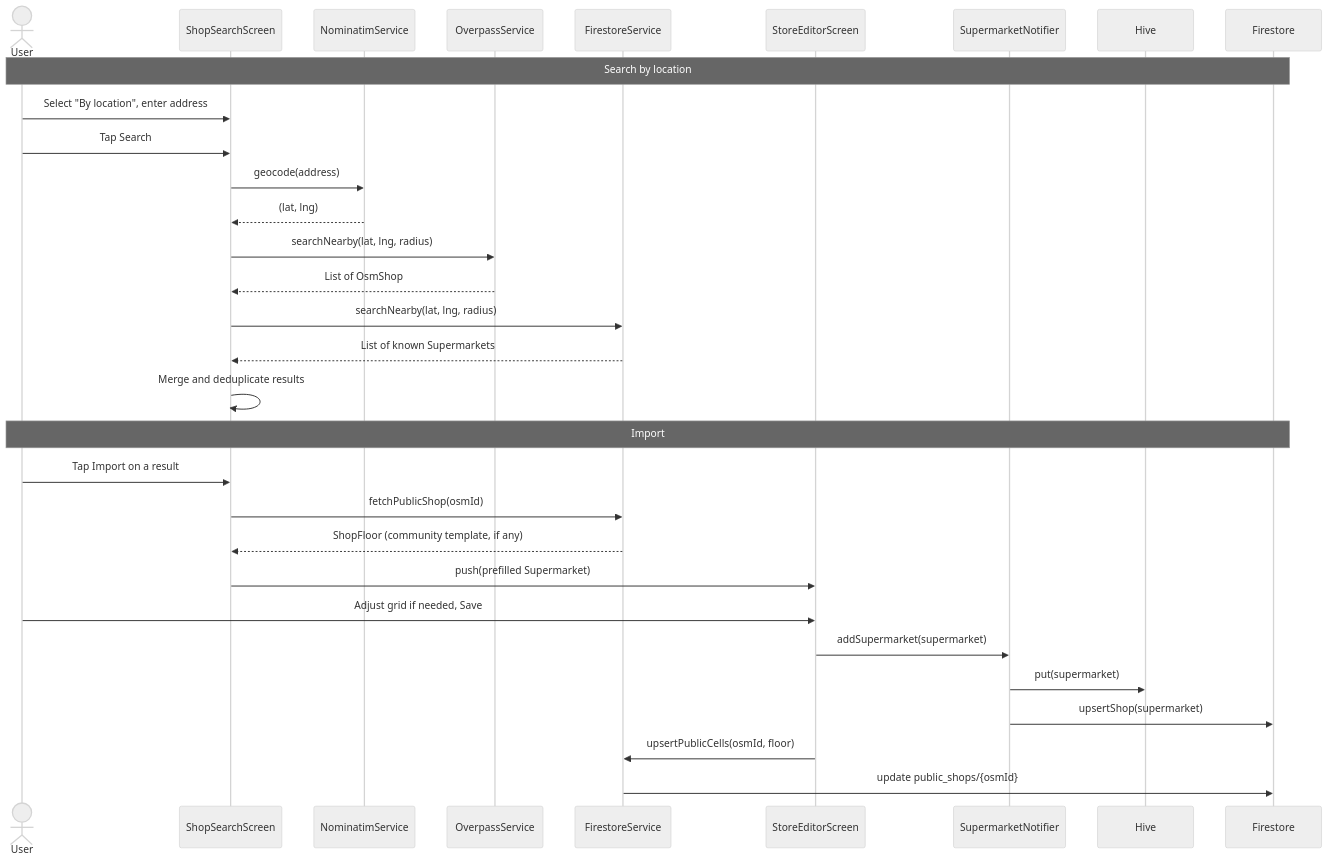
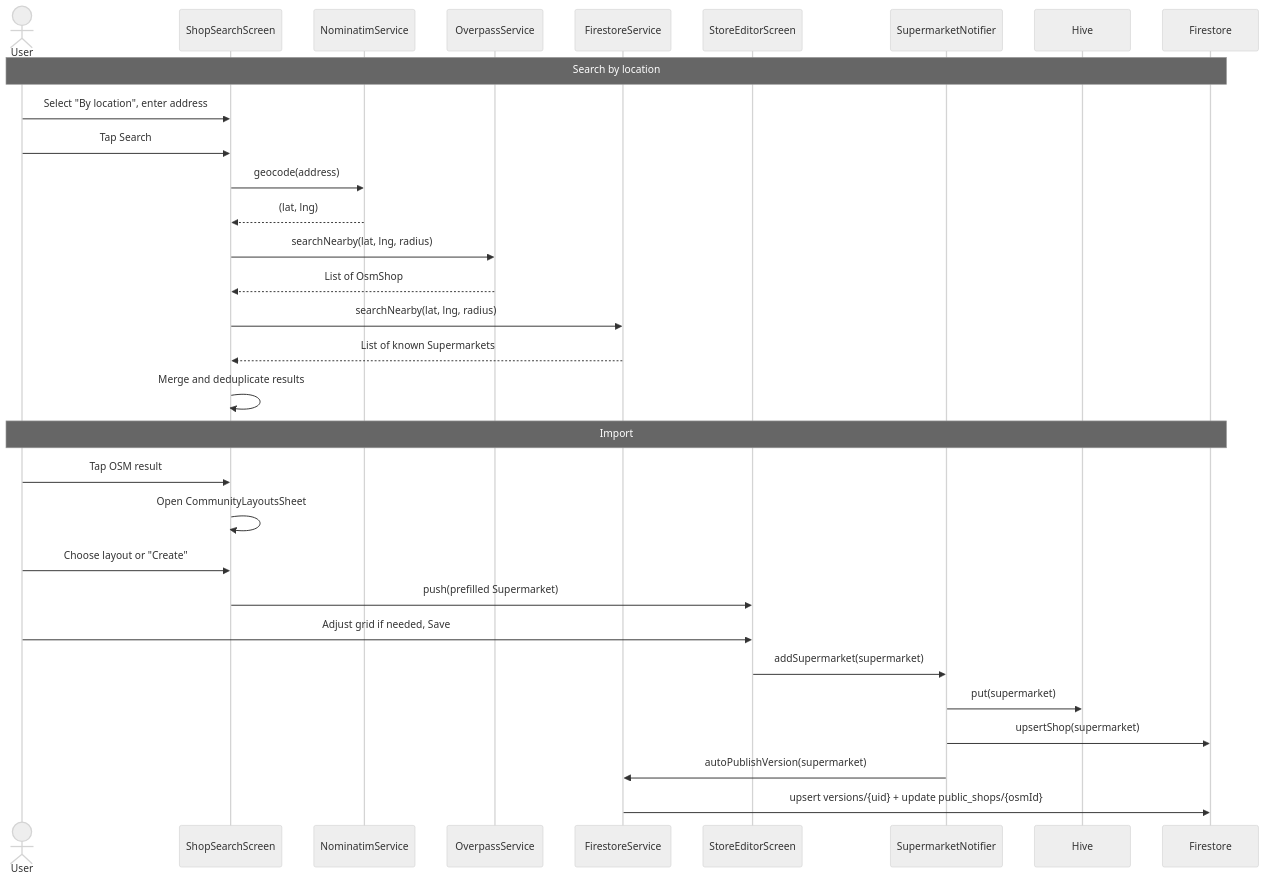
The third of 5 diagrams in docs/architecture/key-flows.md (danile42/fairelescourses), drawn with Mermaid (neutral theme) before and after one commit. The commit also changed 7 other files, not shown here.

Commit message:
docs: update user and architecture documentation

````diff
--- a/docs/architecture/key-flows.md
+++ b/docs/architecture/key-flows.md
@@ -101,35 +101,35 @@
 ```mermaid
 sequenceDiagram
     actor User
     participant ShopSearchScreen
     participant NominatimService
     participant OverpassService
     participant FirestoreService
     participant StoreEditorScreen
     participant SN as SupermarketNotifier
     participant Hive
     participant Firestore
 
     Note over User,Firestore: Search by location
     User->>ShopSearchScreen: Select "By location", enter address
     User->>ShopSearchScreen: Tap Search
     ShopSearchScreen->>NominatimService: geocode(address)
     NominatimService-->>ShopSearchScreen: (lat, lng)
     ShopSearchScreen->>OverpassService: searchNearby(lat, lng, radius)
     OverpassService-->>ShopSearchScreen: List of OsmShop
     ShopSearchScreen->>FirestoreService: searchNearby(lat, lng, radius)
     FirestoreService-->>ShopSearchScreen: List of known Supermarkets
     ShopSearchScreen->>ShopSearchScreen: Merge and deduplicate results
 
     Note over User,Firestore: Import
-    User->>ShopSearchScreen: Tap Import on a result
-    ShopSearchScreen->>FirestoreService: fetchPublicShop(osmId)
-    FirestoreService-->>ShopSearchScreen: ShopFloor (community template, if any)
+    User->>ShopSearchScreen: Tap OSM result
+    ShopSearchScreen->>ShopSearchScreen: Open CommunityLayoutsSheet
+    User->>ShopSearchScreen: Choose layout or "Create"
     ShopSearchScreen->>StoreEditorScreen: push(prefilled Supermarket)
     User->>StoreEditorScreen: Adjust grid if needed, Save
     StoreEditorScreen->>SN: addSupermarket(supermarket)
     SN->>Hive: put(supermarket)
     SN->>Firestore: upsertShop(supermarket)
-    StoreEditorScreen->>FirestoreService: upsertPublicCells(osmId, floor)
-    FirestoreService->>Firestore: update public_shops/{osmId}
+    SN->>FirestoreService: autoPublishVersion(supermarket)
+    FirestoreService->>Firestore: upsert versions/{uid} + update public_shops/{osmId}
 ```
````
